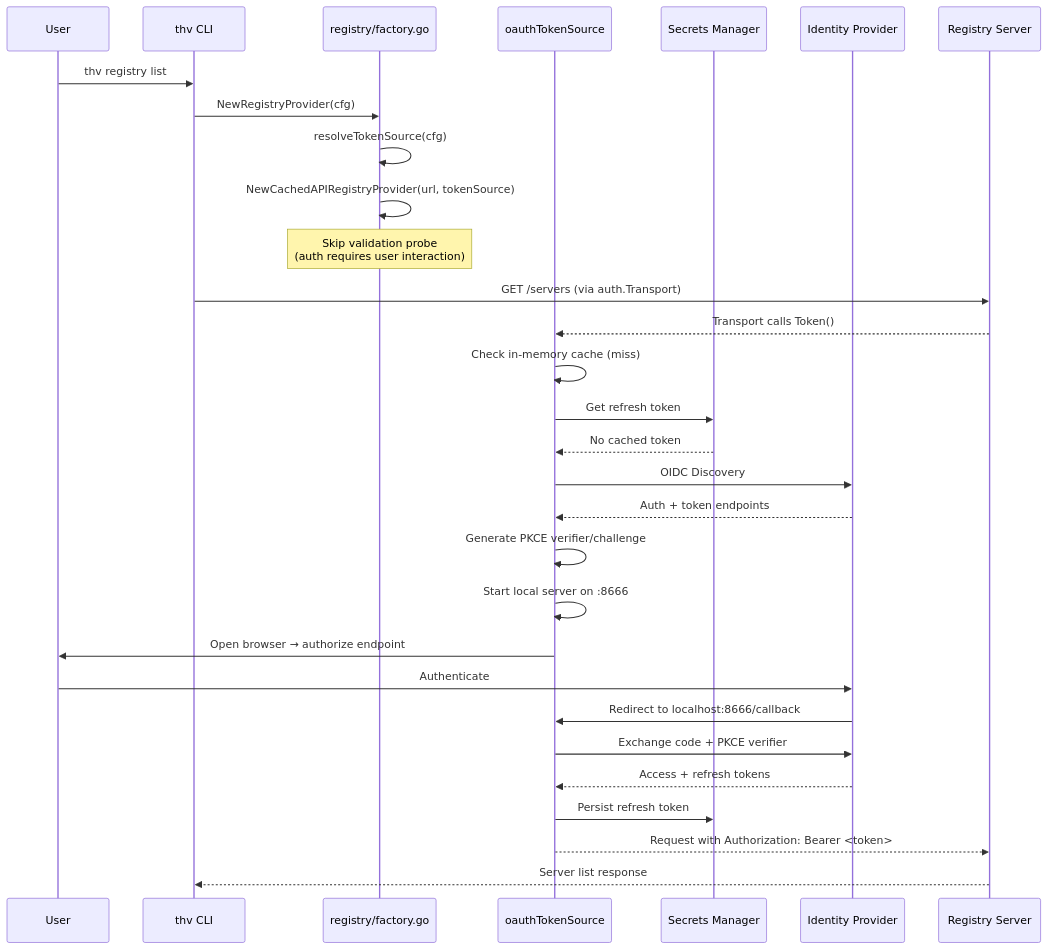
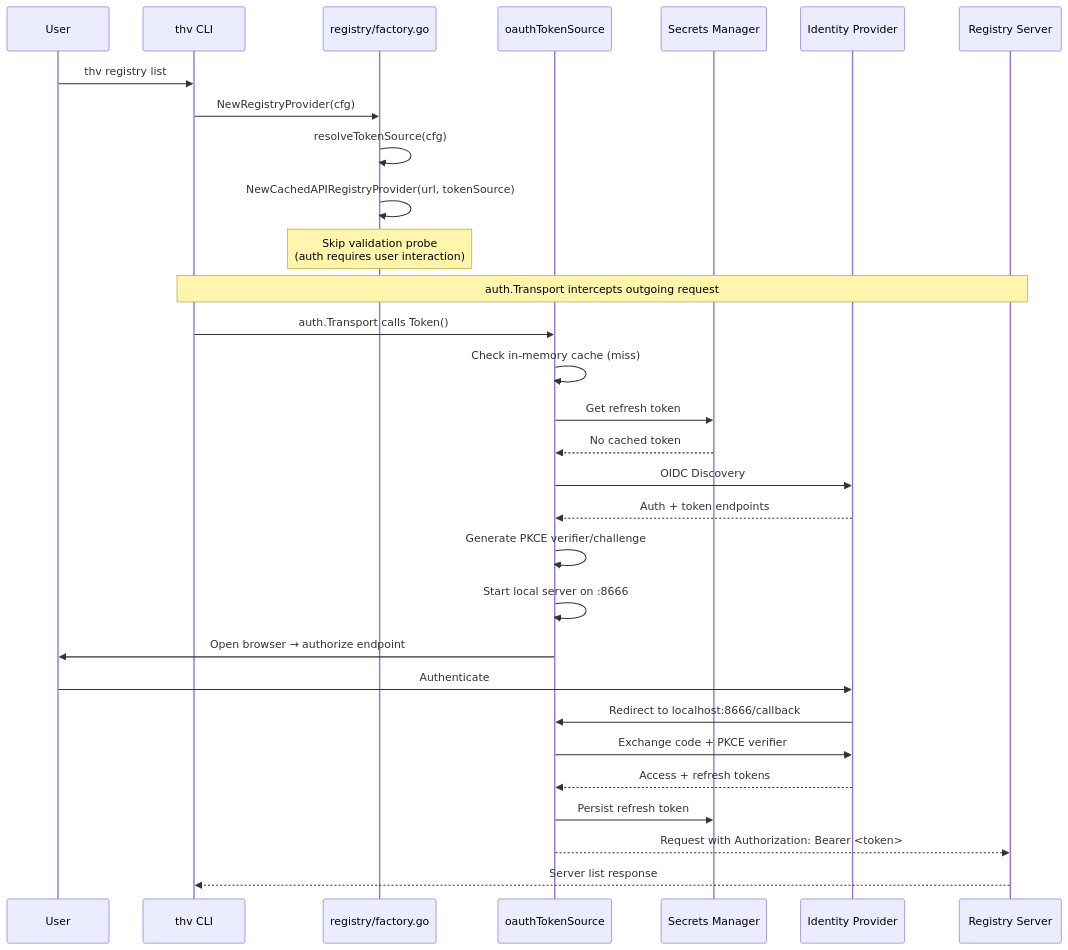
Before and after one commit to stacklok/toolhive-rfcs: the third of 3 diagrams in rfcs/THV-0043-registry-authentication.md, drawn with Mermaid. The commit also changed other lines of this file, not shown here.

````diff
--- a/rfcs/THV-0043-registry-authentication.md
+++ b/rfcs/THV-0043-registry-authentication.md
@@ -278,35 +297,35 @@
 ```mermaid
 sequenceDiagram
     participant User
     participant CLI as thv CLI
     participant Factory as registry/factory.go
     participant TokenSrc as oauthTokenSource
     participant Secrets as Secrets Manager
     participant IDP as Identity Provider
     participant Registry as Registry Server
 
     User->>CLI: thv registry list
     CLI->>Factory: NewRegistryProvider(cfg)
     Factory->>Factory: resolveTokenSource(cfg)
     Factory->>Factory: NewCachedAPIRegistryProvider(url, tokenSource)
     Note over Factory: Skip validation probe<br/>(auth requires user interaction)
 
-    CLI->>Registry: GET /servers (via auth.Transport)
-    Registry-->>TokenSrc: Transport calls Token()
+    Note over CLI,Registry: auth.Transport intercepts outgoing request
+    CLI->>TokenSrc: auth.Transport calls Token()
     TokenSrc->>TokenSrc: Check in-memory cache (miss)
     TokenSrc->>Secrets: Get refresh token
     Secrets-->>TokenSrc: No cached token
 
     TokenSrc->>IDP: OIDC Discovery
     IDP-->>TokenSrc: Auth + token endpoints
     TokenSrc->>TokenSrc: Generate PKCE verifier/challenge
     TokenSrc->>TokenSrc: Start local server on :8666
     TokenSrc->>User: Open browser → authorize endpoint
     User->>IDP: Authenticate
     IDP->>TokenSrc: Redirect to localhost:8666/callback
     TokenSrc->>IDP: Exchange code + PKCE verifier
     IDP-->>TokenSrc: Access + refresh tokens
     TokenSrc->>Secrets: Persist refresh token
     TokenSrc-->>Registry: Request with Authorization: Bearer <token>
     Registry-->>CLI: Server list response
 ```
````
